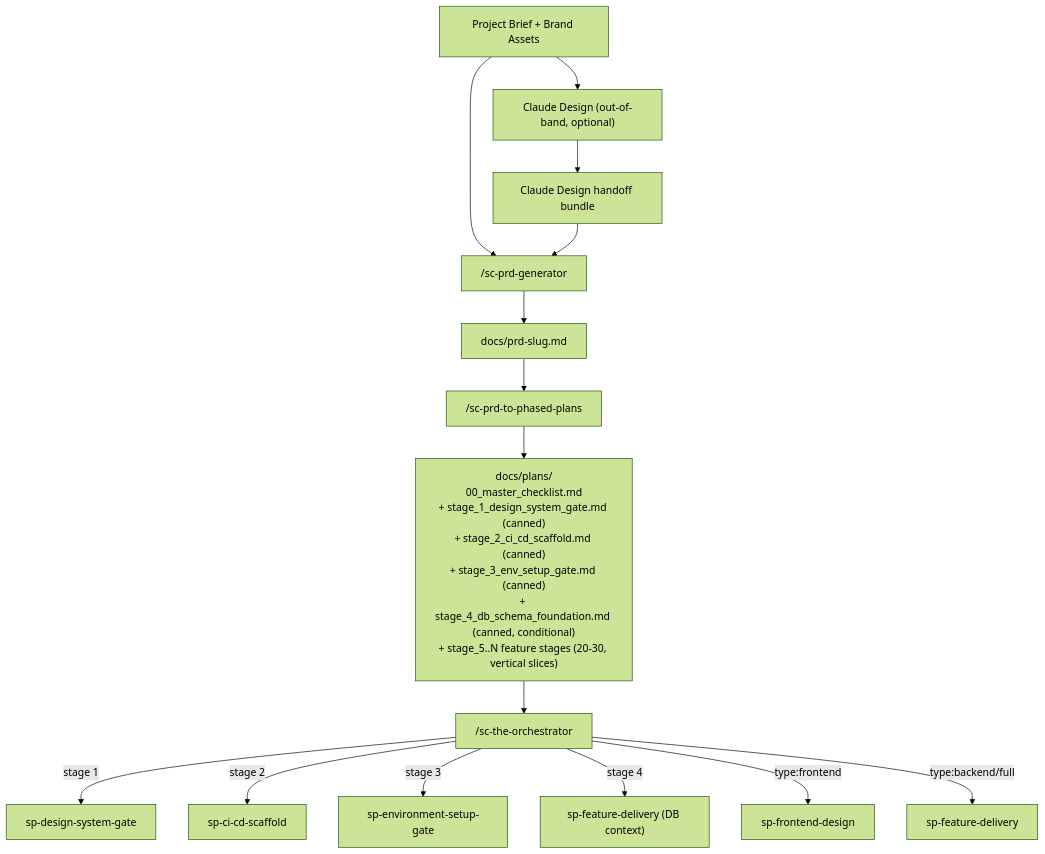
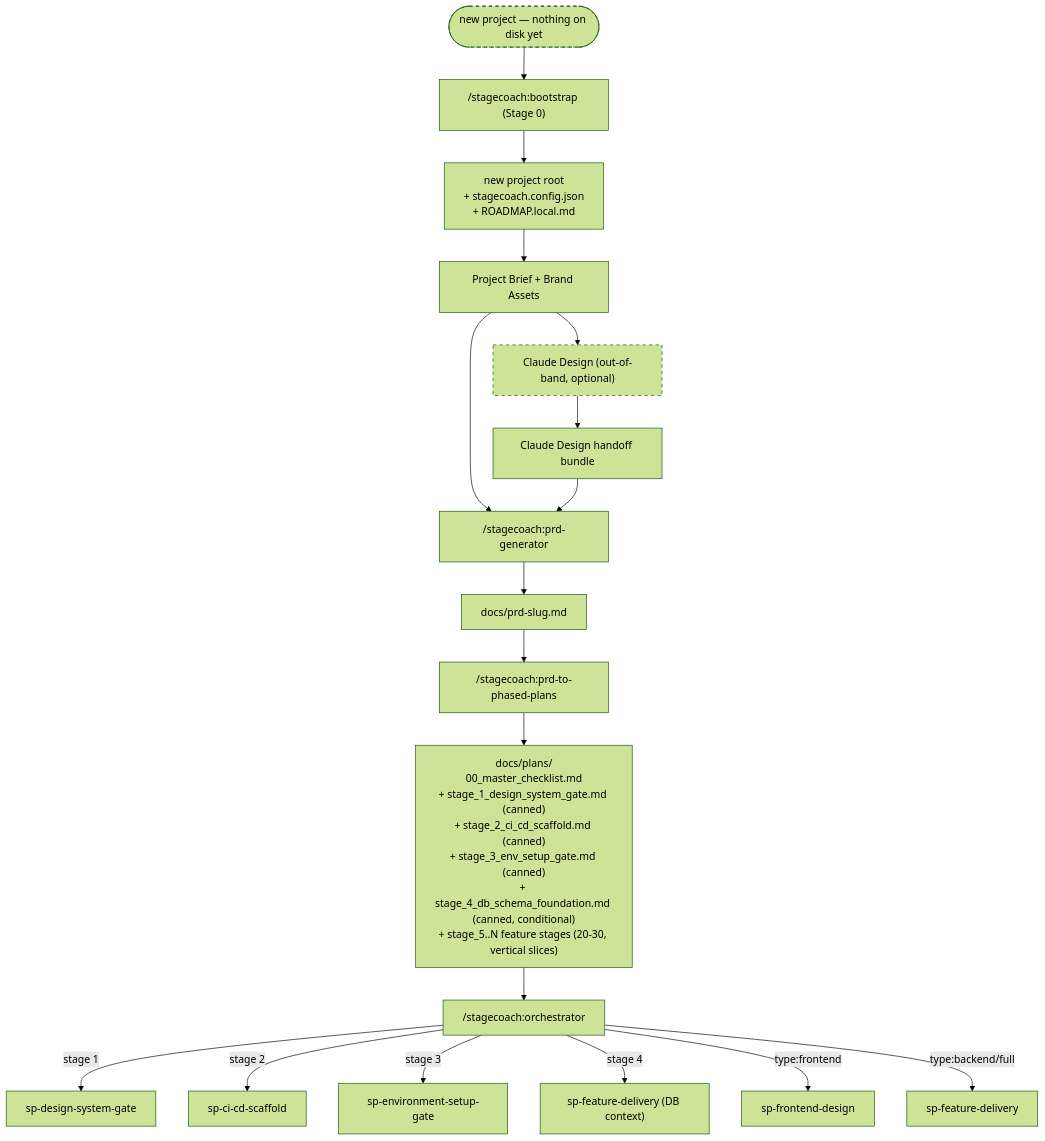
The diagram in README.md (steve-piece/Stagecoach), drawn with Mermaid (forest theme) before and after one commit. The commit also changed other lines of this file and 33 other files, not shown here.

````diff
--- a/README.md
+++ b/README.md
@@ -31,17 +37,24 @@
 ```mermaid
 flowchart TD
-    Brief["Project Brief + Brand Assets"] --> CD["Claude Design (out-of-band, optional)"]
+    Start([new project — nothing on disk yet]):::optional
+    Start --> Bootstrap["/stagecoach:bootstrap (Stage 0)"]
+    Bootstrap --> Root["new project root<br/>+ stagecoach.config.json<br/>+ ROADMAP.local.md"]
+
+    Root --> Brief["Project Brief + Brand Assets"]
+    Brief --> CD["Claude Design (out-of-band, optional)"]:::optional
     CD --> Bundle["Claude Design handoff bundle"]
-    Brief --> PRDGen["/sc-prd-generator"]
+    Brief --> PRDGen["/stagecoach:prd-generator"]
     Bundle --> PRDGen
     PRDGen --> PRD["docs/prd-slug.md"]
-    PRD --> Phased["/sc-prd-to-phased-plans"]
+    PRD --> Phased["/stagecoach:prd-to-phased-plans"]
     Phased --> Plans["docs/plans/<br/>00_master_checklist.md<br/>+ stage_1_design_system_gate.md (canned)<br/>+ stage_2_ci_cd_scaffold.md (canned)<br/>+ stage_3_env_setup_gate.md (canned)<br/>+ stage_4_db_schema_foundation.md (canned, conditional)<br/>+ stage_5..N feature stages (20-30, vertical slices)"]
-    Plans --> Orchestrator["/sc-the-orchestrator"]
+    Plans --> Orchestrator["/stagecoach:orchestrator"]
     Orchestrator -->|stage 1| DSGate["sp-design-system-gate"]
     Orchestrator -->|stage 2| Scaffold["sp-ci-cd-scaffold"]
     Orchestrator -->|stage 3| EnvGate["sp-environment-setup-gate"]
     Orchestrator -->|stage 4| DBSchema["sp-feature-delivery (DB context)"]
     Orchestrator -->|type:frontend| FE["sp-frontend-design"]
     Orchestrator -->|type:backend/full| Feature["sp-feature-delivery"]
+
+    classDef optional stroke-dasharray: 5 5;
 ```
````
